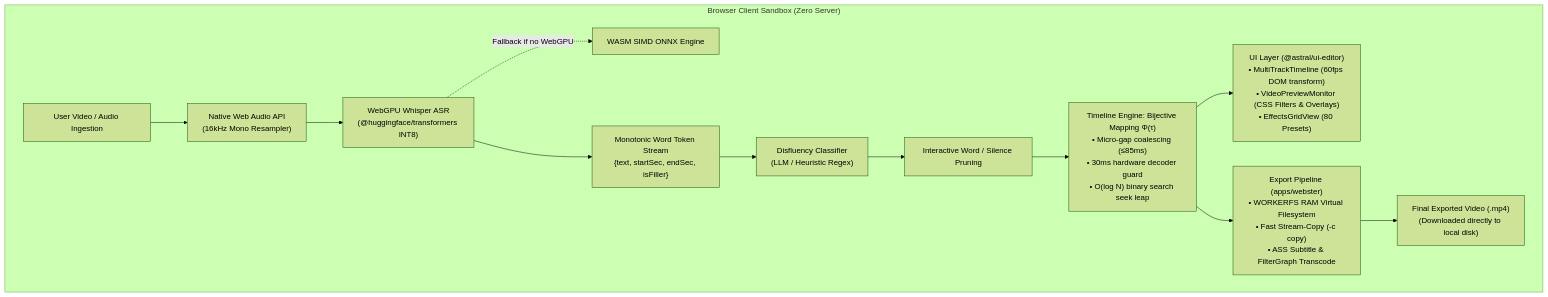
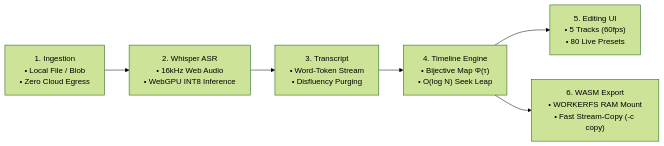
One commit to aksjc2023-code/scarlet-rewrite changed the first of 4 diagrams in README.md. Above: the diagram before and after it, drawn with Mermaid (forest theme).

Commit message:
docs: convert Architecture Data Flow diagram into a concise horizontal flowchart LR layout

````diff
--- a/README.md
+++ b/README.md
@@ -127,22 +127,8 @@
 ```mermaid
-flowchart TD
-    subgraph Browser ["Browser Client Sandbox (Zero Server)"]
-        UserMedia["User Video / Audio Ingestion"] --> AudioDecode["Native Web Audio API\n(16kHz Mono Resampler)"]
-        
-        AudioDecode --> WebGPUWhisper["WebGPU Whisper ASR\n(@huggingface/transformers INT8)"]
-        WebGPUWhisper -.->|Fallback if no WebGPU| WasmWhisper["WASM SIMD ONNX Engine"]
-        
-        WebGPUWhisper --> Tokens["Monotonic Word Token Stream\n{text, startSec, endSec, isFiller}"]
-        
-        Tokens --> Disfluency["Disfluency Classifier\n(LLM / Heuristic Regex)"]
-        Disfluency --> Pruning["Interactive Word / Silence Pruning"]
-        
-        Pruning --> TimelineEngine["Timeline Engine: Bijective Mapping Φ(τ)\n• Micro-gap coalescing (≤85ms)\n• 30ms hardware decoder guard\n• O(log N) binary search seek leap"]
-        
-        TimelineEngine --> UIComponents["UI Layer (@astral/ui-editor)\n• MultiTrackTimeline (60fps DOM transform)\n• VideoPreviewMonitor (CSS Filters & Overlays)\n• EffectsGridView (80 Presets)"]
-        
-        TimelineEngine --> ExportPipeline["Export Pipeline (apps/webster)\n• WORKERFS RAM Virtual Filesystem\n• Fast Stream-Copy (-c copy)\n• ASS Subtitle & FilterGraph Transcode"]
-        
-        ExportPipeline --> OutputBlob["Final Exported Video (.mp4)\n(Downloaded directly to local disk)"]
-    end
+flowchart LR
+    Ingest["1. Ingestion\n• Local File / Blob\n• Zero Cloud Egress"] --> ASR["2. Whisper ASR\n• 16kHz Web Audio\n• WebGPU INT8 Inference"]
+    ASR --> Prune["3. Transcript\n• Word-Token Stream\n• Disfluency Purging"]
+    Prune --> Engine["4. Timeline Engine\n• Bijective Map Φ(τ)\n• O(log N) Seek Leap"]
+    Engine --> UI["5. Editing UI\n• 5 Tracks (60fps)\n• 80 Live Presets"]
+    Engine --> Export["6. WASM Export\n• WORKERFS RAM Mount\n• Fast Stream-Copy (-c copy)"]
 ```
````
